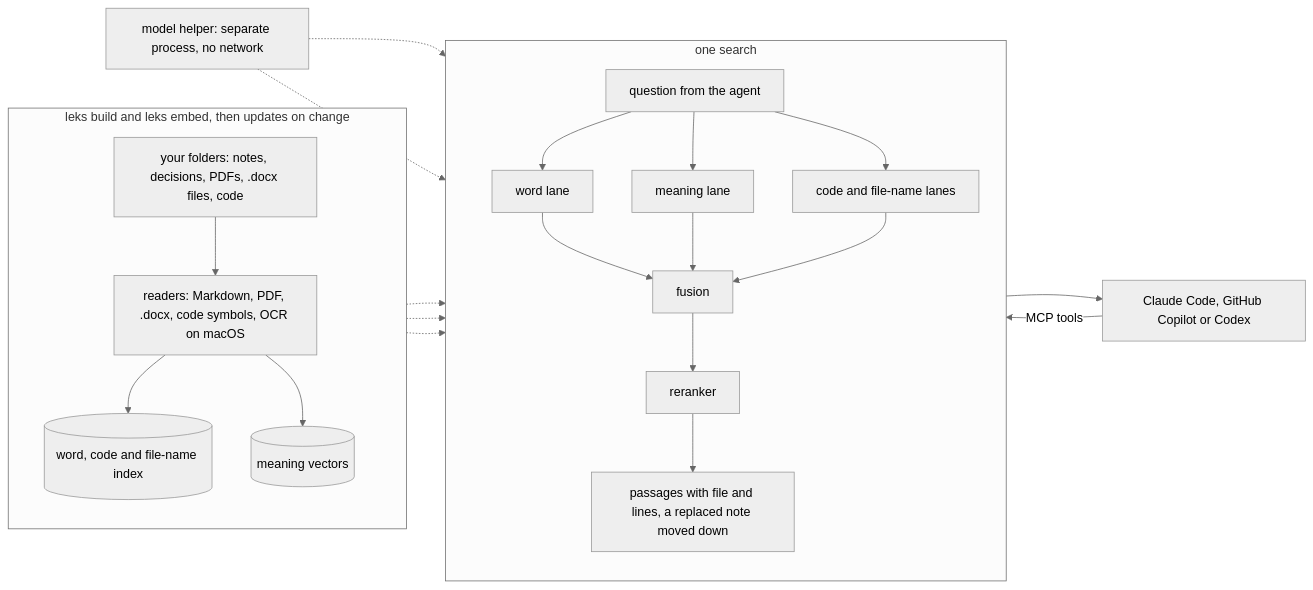
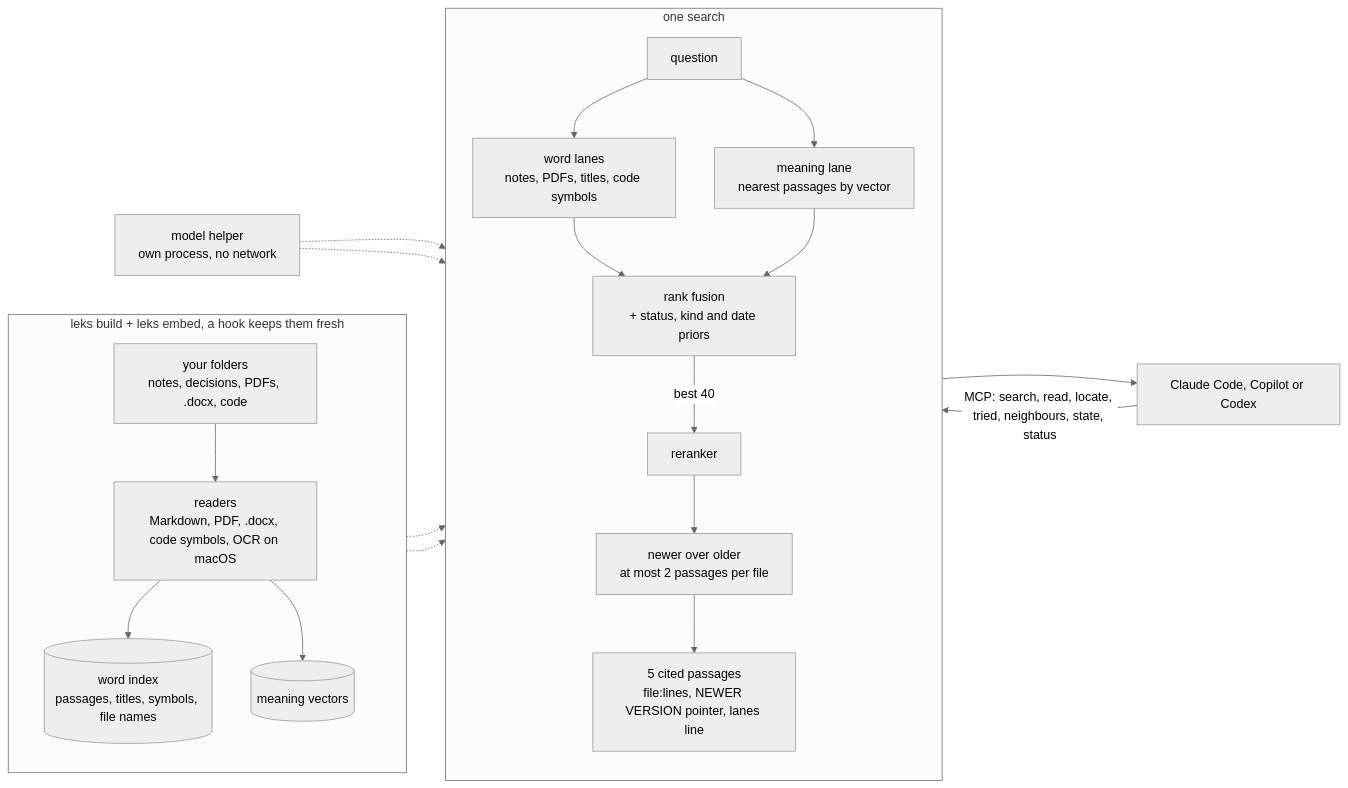
Before and after one commit to jacobemanuel/leks: the diagram in README.md, drawn with Mermaid (neutral theme). The commit also changed other lines of this file and 15 other files, not shown here.

````diff
--- a/README.md
+++ b/README.md
@@ -132,27 +167,25 @@
 ```mermaid
 flowchart LR
-    subgraph build["leks build and leks embed, then updates on change"]
+    subgraph index["leks build + leks embed, a hook keeps them fresh"]
         direction TB
-        SRC["your folders: notes, decisions, PDFs, .docx files, code"] --> RD["readers: Markdown, PDF, .docx, code symbols, OCR on macOS"]
-        RD --> WI[("word, code and file-name index")]
+        SRC["your folders<br/>notes, decisions, PDFs, .docx, code"] --> RD["readers<br/>Markdown, PDF, .docx, code symbols, OCR on macOS"]
+        RD --> WI[("word index<br/>passages, titles, symbols, file names")]
         RD --> VI[("meaning vectors")]
     end
     subgraph search["one search"]
         direction TB
-        Q["question from the agent"] --> LW["word lane"]
-        Q --> LM["meaning lane"]
-        Q --> LC["code and file-name lanes"]
-        LW --> FU["fusion"]
+        Q["question"] --> LW["word lanes<br/>notes, PDFs, titles, code symbols"]
+        Q --> LM["meaning lane<br/>nearest passages by vector"]
+        LW --> FU["rank fusion<br/>+ status, kind and date priors"]
         LM --> FU
-        LC --> FU
-        FU --> RR["reranker"]
-        RR --> OUT["passages with file and lines, a replaced note moved down"]
+        FU -->|"best 40"| RR["reranker"]
+        RR --> NW["newer over older<br/>at most 2 passages per file"]
+        NW --> OUT["5 cited passages<br/>file:lines, NEWER VERSION pointer, lanes line"]
     end
     WI -.-> LW
-    WI -.-> LC
     VI -.-> LM
-    MH["model helper: separate process, no network"] -.-> LM
+    MH["model helper<br/>own process, no network"] -.-> LM
     MH -.-> RR
-    AG["Claude Code, GitHub Copilot or Codex"] -- "MCP tools" --> Q
+    AG["Claude Code, Copilot or Codex"] -- "MCP: search, read, locate, tried, neighbours, state, status" --> Q
     OUT --> AG
 ```
````
